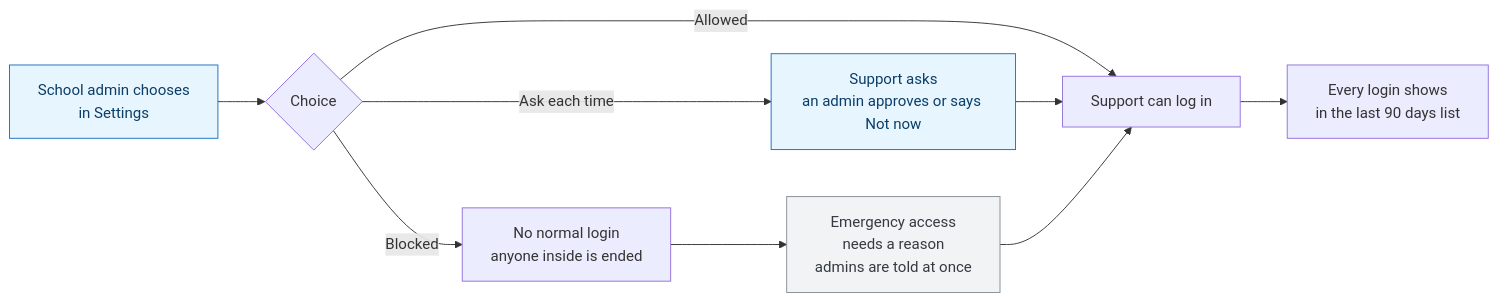
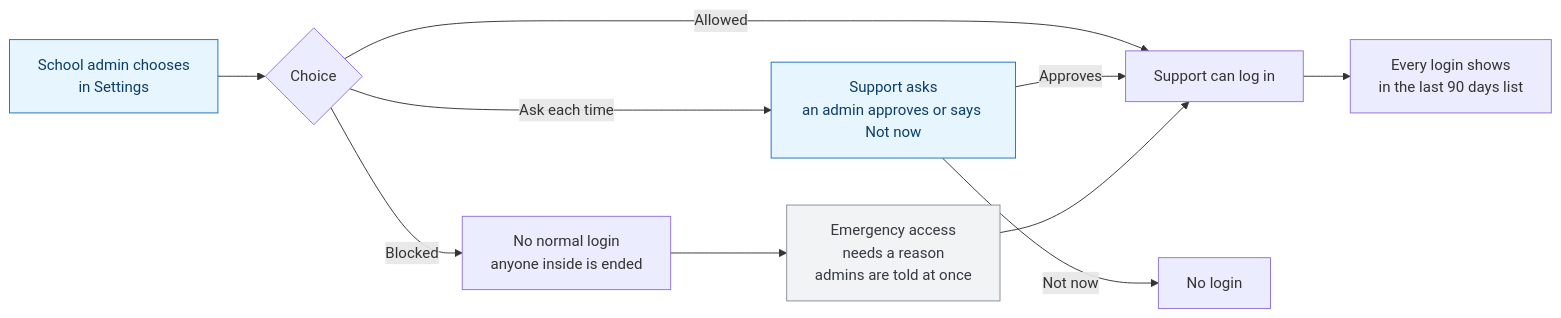
Before and after one commit to tareq89/biddaloy: the diagram in docs/user-guide/_diagrams/administration-support-access-overview.en.mmd, drawn with Mermaid. The commit also changed 13 other files, not shown here.

Commit message:
fix(login-as): address CodeRabbit review on PR 4116 (docs accuracy, diagrams, login check, owner TOTP step races)

```diff
--- a/docs/user-guide/_diagrams/administration-support-access-overview.en.mmd
+++ b/docs/user-guide/_diagrams/administration-support-access-overview.en.mmd
@@ -1,13 +1,14 @@
 %% title: Who from Biddaloy can sign in to your school
 %% desc: The school admin chooses one of three settings. Allowed lets Biddaloy support log in. Ask each time makes support ask and an admin approves or says Not now. Blocked stops all normal logins and ends anyone logged in. Emergency access always exists, needs a reason and tells the admins at once. Every login shows in a list for the last 90 days.
 flowchart LR
   A["School admin chooses<br/>in Settings"]:::admin --> C{"Choice"}
   C -- Allowed --> L1["Support can log in"]
   C -- Ask each time --> Q["Support asks<br/>an admin approves or says Not now"]:::admin
-  Q --> L1
+  Q -- Approves --> L1
+  Q -- Not now --> N["No login"]
   C -- Blocked --> X["No normal login<br/>anyone inside is ended"]
   X --> EM["Emergency access<br/>needs a reason<br/>admins are told at once"]:::note
   EM --> L1
   L1 --> H["Every login shows<br/>in the last 90 days list"]
   classDef admin fill:#e7f5ff,stroke:#1971c2,color:#0b3d66
   classDef note fill:#f1f3f5,stroke:#868e96,color:#343a40
```
